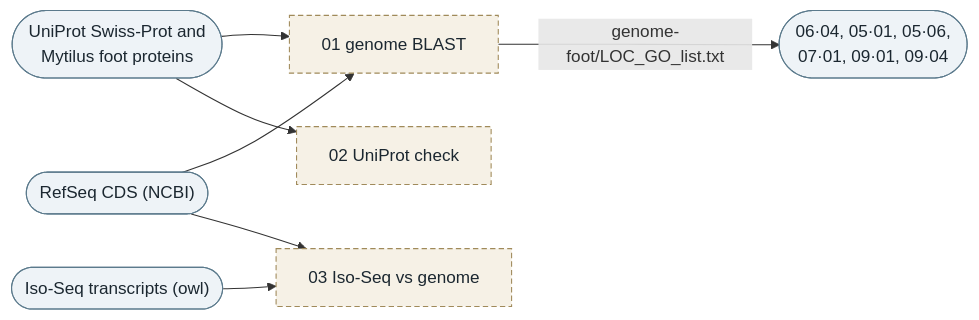
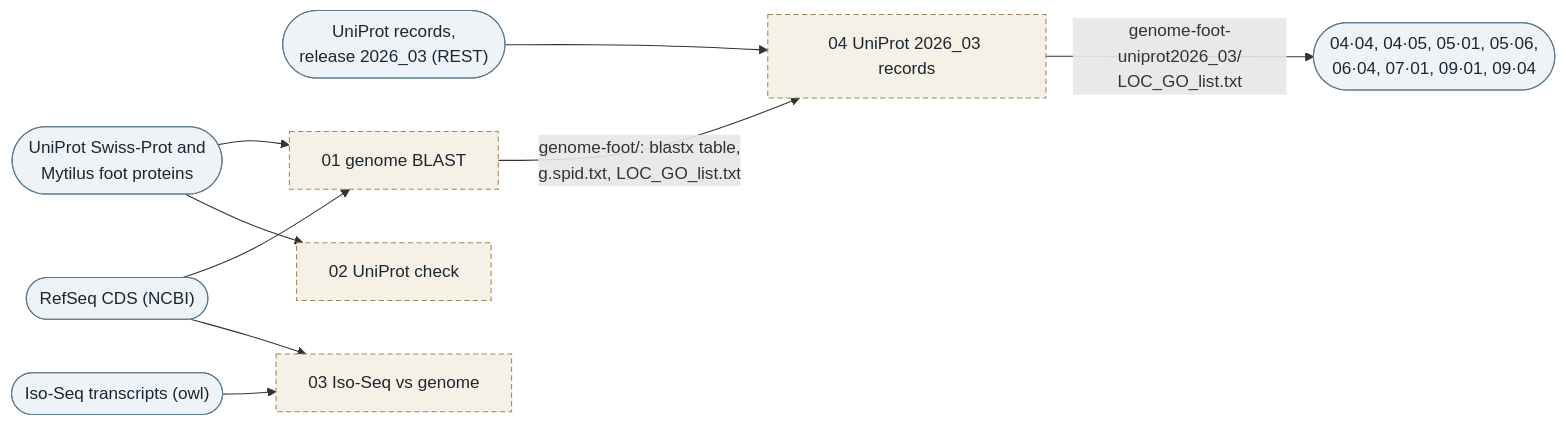
The third of 9 diagrams in README.md (mattgeorgephd/PSMFC-mytilus-byssus-pilot), drawn with Mermaid before and after one commit. The commit also changed other lines of this file and 29 other files, not shown here.

First line of the commit message:
Read the UniProt 2026_03 records and GO release 2026-01-23

````diff
--- a/README.md
+++ b/README.md
@@ -226,19 +230,23 @@
 ```mermaid
 flowchart LR
   ncbi(["RefSeq CDS (NCBI)"])
   uni(["UniProt Swiss-Prot and<br>Mytilus foot proteins"])
   iso(["Iso-Seq transcripts (owl)"])
+  rec(["UniProt records,<br>release 2026_03 (REST)"])
   b1["01 genome BLAST"]
   b2["02 UniProt check"]
   b3["03 Iso-Seq vs genome"]
+  b4["04 UniProt 2026_03 records"]
   ncbi --> b1
   uni --> b1
   uni --> b2
   iso --> b3
   ncbi --> b3
-  b1 -- "genome-foot/LOC_GO_list.txt" --> out(["06·04, 05·01, 05·06,<br>07·01, 09·01, 09·04"])
+  b1 -- "genome-foot/: blastx table,<br>g.spid.txt, LOC_GO_list.txt" --> b4
+  rec --> b4
+  b4 -- "genome-foot-uniprot2026_03/<br>LOC_GO_list.txt" --> out(["04·04, 04·05, 05·01, 05·06,<br>06·04, 07·01, 09·01, 09·04"])
   classDef ext fill:#eef3f7,stroke:#5b7a8c,color:#1b2730
   classDef off fill:#f6f1e6,stroke:#a08a5a,stroke-dasharray:5 3,color:#1b2730
-  class ncbi,uni,iso,out ext
-  class b1,b2,b3 off
+  class ncbi,uni,iso,rec,out ext
+  class b1,b2,b3,b4 off
 ```
````
